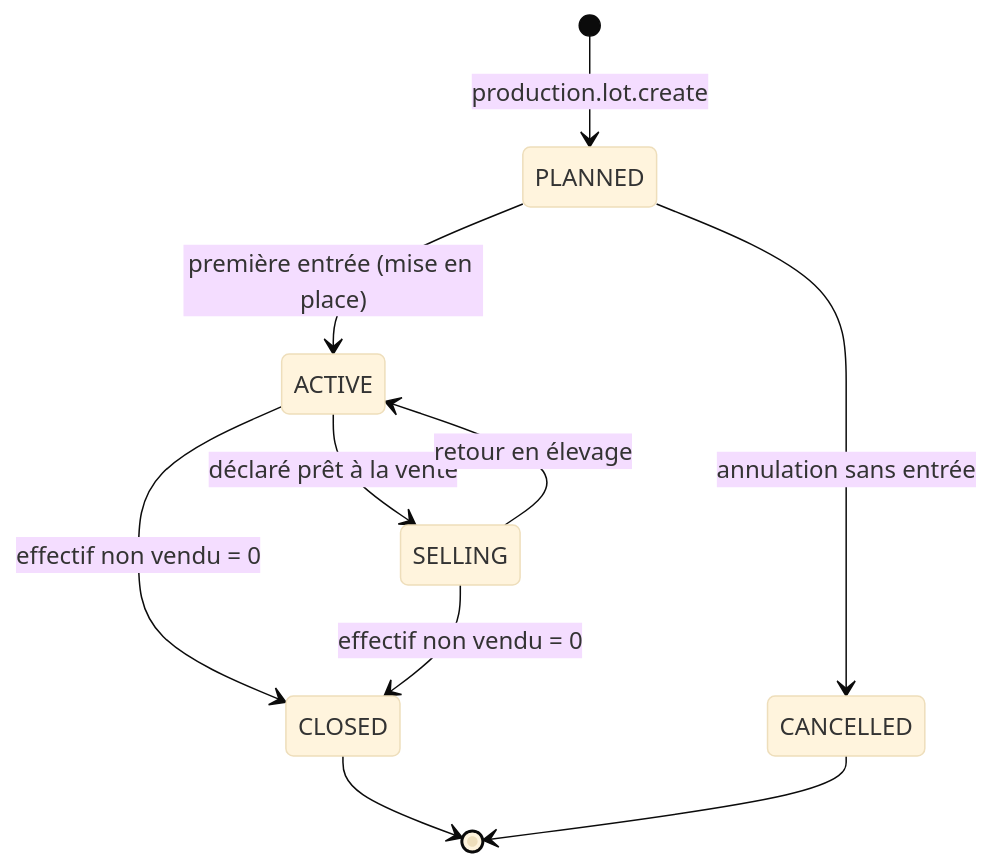
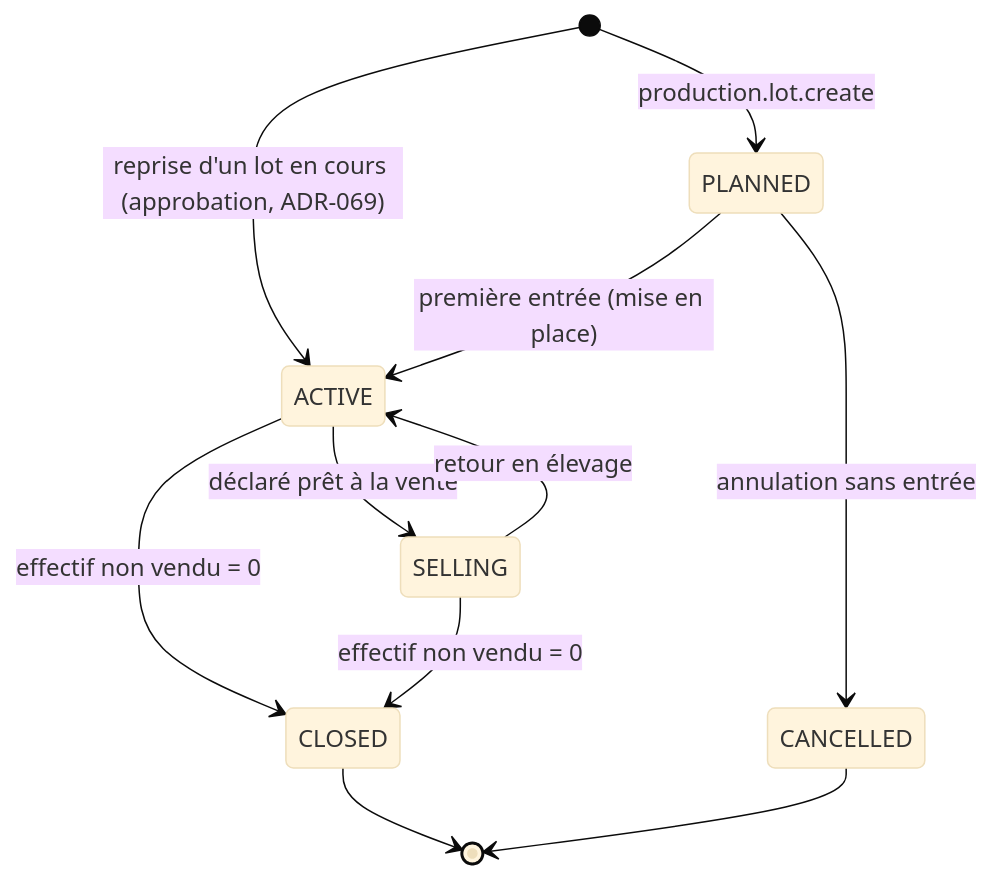
The first of 4 diagrams in docs/04-workflows/machines-a-etats/04-production.md (romiall/app.gic-agropelc), drawn with Mermaid (base theme) before and after one commit. The commit also changed other lines of this file and 42 other files, not shown here.

````diff
--- a/docs/04-workflows/machines-a-etats/04-production.md
+++ b/docs/04-workflows/machines-a-etats/04-production.md
@@ -5,12 +5,13 @@
 ```mermaid
 stateDiagram-v2
   [*] --> PLANNED : production.lot.create
+  [*] --> ACTIVE : reprise d'un lot en cours (approbation, ADR-069)
   PLANNED --> ACTIVE : première entrée (mise en place)
   PLANNED --> CANCELLED : annulation sans entrée
   ACTIVE --> SELLING : déclaré prêt à la vente
   SELLING --> ACTIVE : retour en élevage
   ACTIVE --> CLOSED : effectif non vendu = 0
   SELLING --> CLOSED : effectif non vendu = 0
   CLOSED --> [*]
   CANCELLED --> [*]
 ```
````
